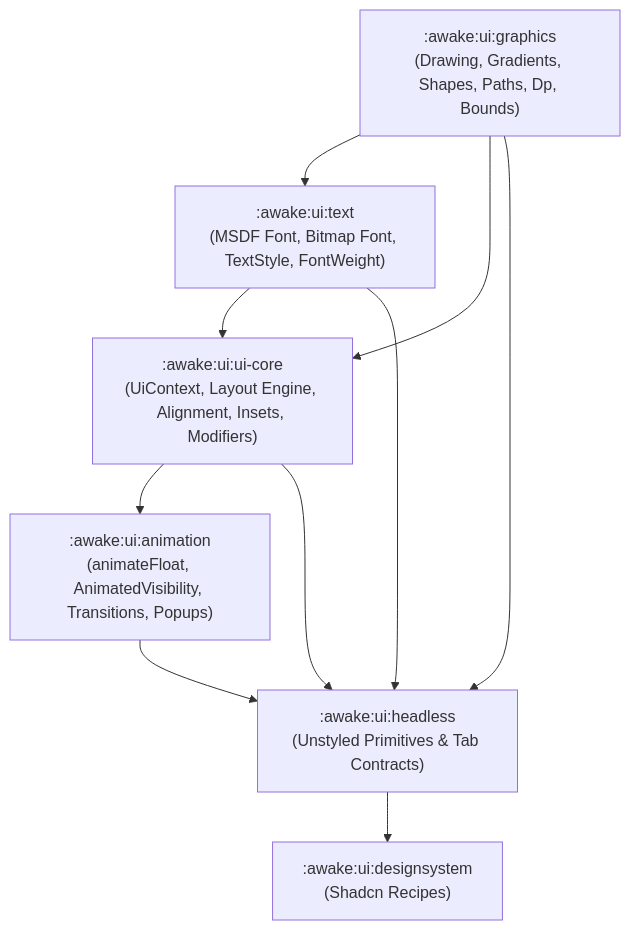
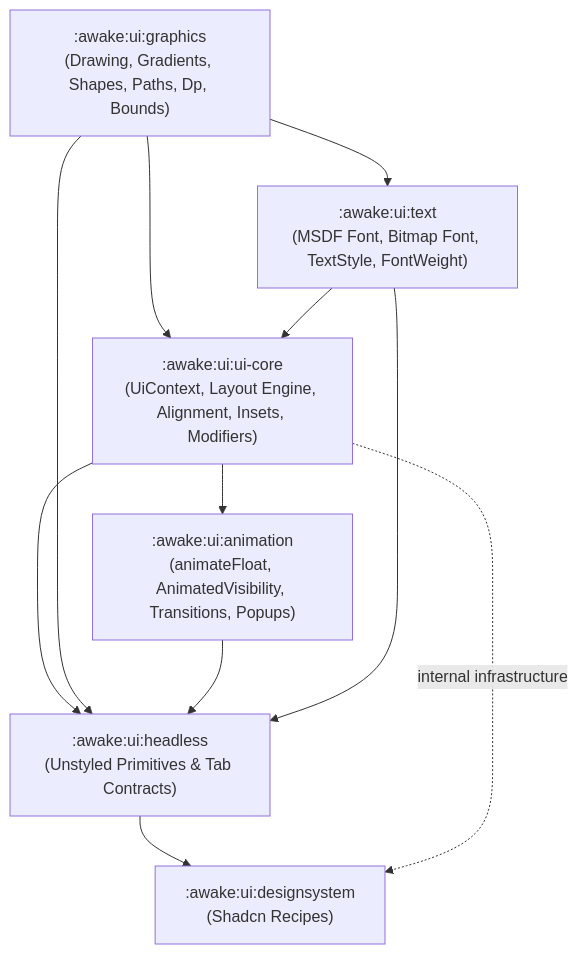
Before and after one commit to awake-lab/awake: the diagram in awake/ui/README.md, drawn with Mermaid. The commit also changed 19 other files, not shown here.

````diff
--- a/awake/ui/README.md
+++ b/awake/ui/README.md
@@ -76,20 +76,21 @@
 ```mermaid
 graph TD
     GRAPHICS[":awake:ui:graphics<br/>(Drawing, Gradients, Shapes, Paths, Dp, Bounds)"]
     TEXT[":awake:ui:text<br/>(MSDF Font, Bitmap Font, TextStyle, FontWeight)"]
     CORE[":awake:ui:ui-core<br/>(UiContext, Layout Engine, Alignment, Insets, Modifiers)"]
     ANIMATION[":awake:ui:animation<br/>(animateFloat, AnimatedVisibility, Transitions, Popups)"]
     HEADLESS[":awake:ui:headless<br/>(Unstyled Primitives & Tab Contracts)"]
     DS[":awake:ui:designsystem<br/>(Shadcn Recipes)"]
 
     GRAPHICS --> TEXT
     GRAPHICS --> CORE
     TEXT --> CORE
     CORE --> ANIMATION
     CORE --> HEADLESS
     GRAPHICS --> HEADLESS
     ANIMATION --> HEADLESS
     TEXT --> HEADLESS
 
     HEADLESS --> DS
+    CORE -. "internal infrastructure" .-> DS
 ```
````
